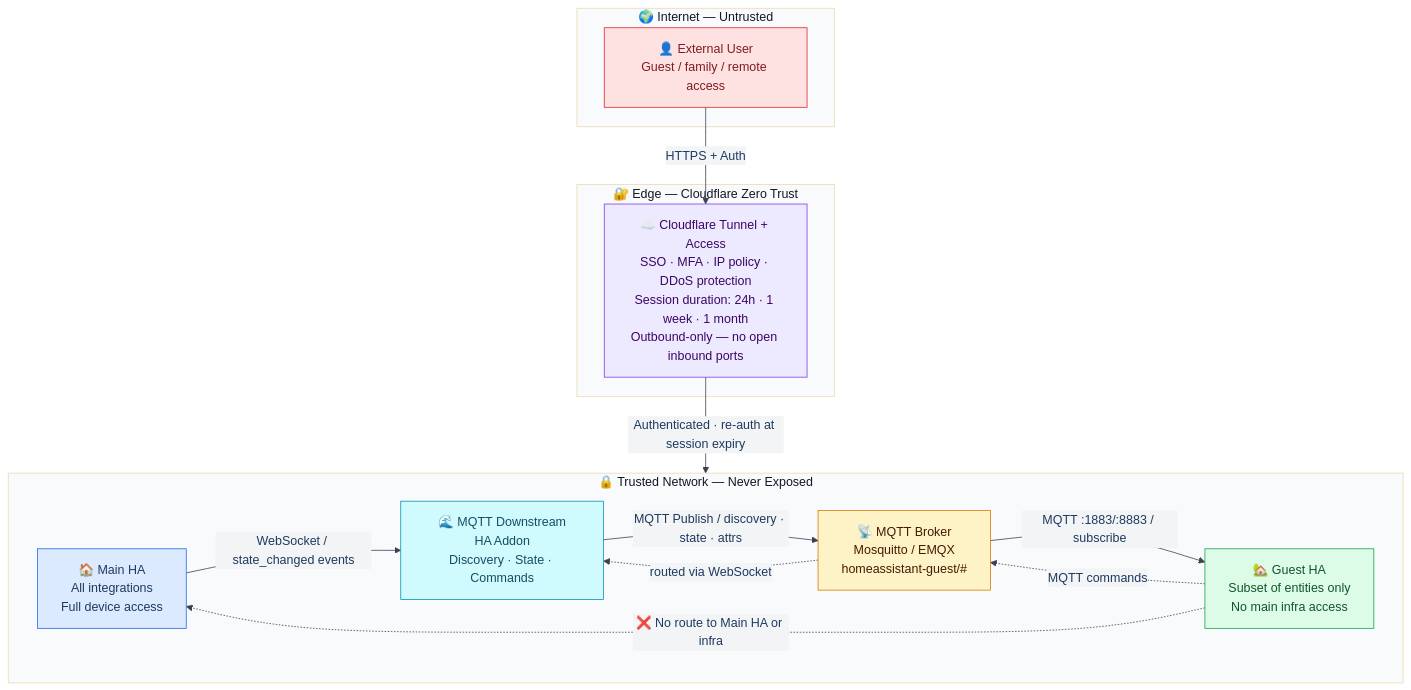
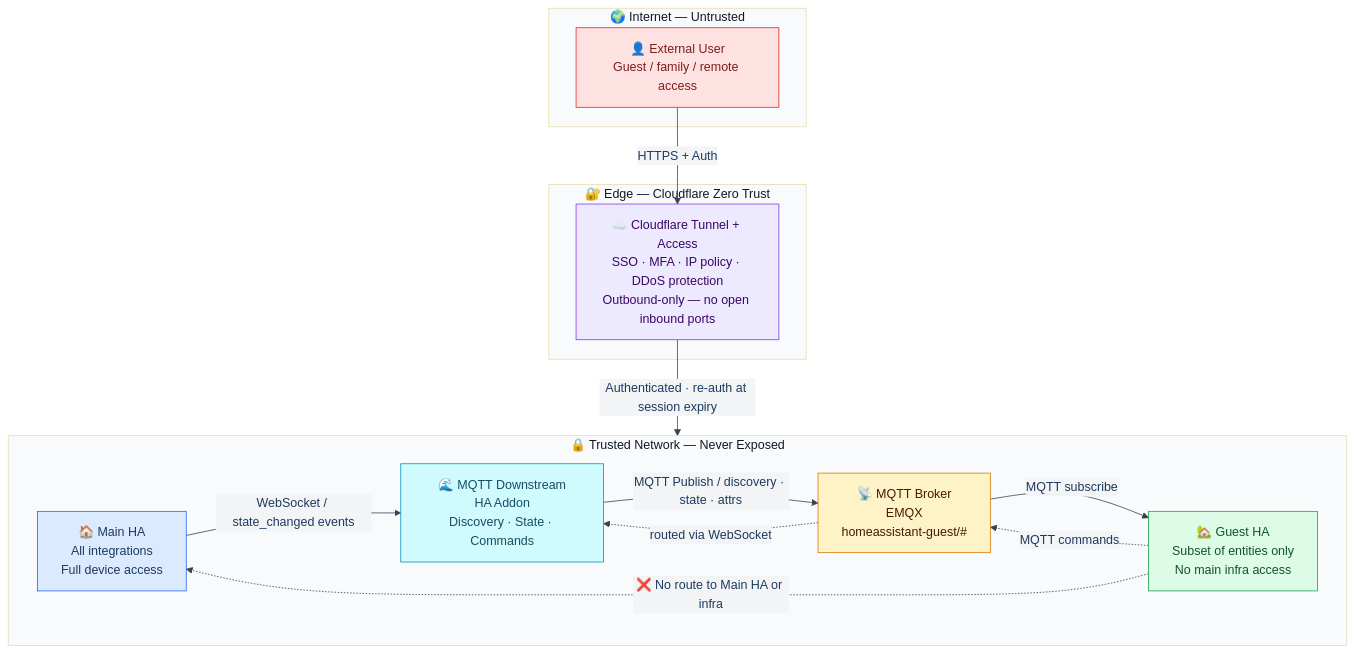
The first of 3 diagrams in ARCHITECTURE.md (maxandcheeses/ha-mqtt-downstream-addon), drawn with Mermaid before and after one commit. The commit also changed other lines of this file and 5 other files, not shown here.

````diff
--- a/ARCHITECTURE.md
+++ b/ARCHITECTURE.md
@@ -5,36 +13,36 @@
 ```mermaid
 %%{init: {'theme': 'base', 'themeVariables': {'primaryColor': '#dbeafe', 'primaryTextColor': '#1e3a5f', 'primaryBorderColor': '#3b82f6', 'lineColor': '#374151', 'secondaryColor': '#dcfce7', 'tertiaryColor': '#fef3c7', 'background': '#ffffff', 'mainBkg': '#ffffff', 'nodeBorder': '#6b7280', 'clusterBkg': '#f9fafb', 'titleColor': '#111827', 'edgeLabelBackground': '#f3f4f6'}}}%%
 flowchart TB
     subgraph INTERNET["🌍 Internet — Untrusted"]
         USER["👤 External User<br/>Guest / family / remote access"]
     end
 
     subgraph EDGE["🔐 Edge — Cloudflare Zero Trust"]
-        CF["☁️ Cloudflare Tunnel + Access<br/>SSO · MFA · IP policy · DDoS protection<br/>Session duration: 24h · 1 week · 1 month<br/>Outbound-only — no open inbound ports"]
+        CF["☁️ Cloudflare Tunnel + Access<br/>SSO · MFA · IP policy · DDoS protection<br/>Outbound-only — no open inbound ports"]
     end
 
     subgraph TRUSTED["🔒 Trusted Network — Never Exposed"]
         direction LR
         MAIN["🏠 Main HA<br/>All integrations<br/>Full device access"]
         ADDON["🌊 MQTT Downstream<br/>HA Addon<br/>Discovery · State · Commands"]
-        BROKER["📡 MQTT Broker<br/>Mosquitto / EMQX<br/>homeassistant-guest/#"]
+        BROKER["📡 MQTT Broker<br/>EMQX<br/>homeassistant-guest/#"]
         GUEST["🏡 Guest HA<br/>Subset of entities only<br/>No main infra access"]
 
         MAIN -->|"WebSocket / state_changed events"| ADDON
         ADDON -->|"MQTT Publish / discovery · state · attrs"| BROKER
-        BROKER -->|"MQTT :1883/:8883 / subscribe"| GUEST
+        BROKER -->|"MQTT subscribe"| GUEST
         GUEST -.->|"MQTT commands"| BROKER
         BROKER -.->|"routed via WebSocket"| ADDON
     end
 
     USER -->|"HTTPS + Auth"| CF
     CF -->|"Authenticated · re-auth at session expiry"| GUEST
     GUEST -. "❌ No route to Main HA or infra" .-> MAIN
 
     style USER   fill:#fee2e2,stroke:#dc2626,color:#7f1d1d
     style CF     fill:#ede9fe,stroke:#7c3aed,color:#3b0764
     style MAIN   fill:#dbeafe,stroke:#2563eb,color:#1e3a5f
     style ADDON  fill:#cffafe,stroke:#0891b2,color:#164e63
     style BROKER fill:#fef3c7,stroke:#d97706,color:#451a03
     style GUEST  fill:#dcfce7,stroke:#16a34a,color:#14532d
 ```
````
